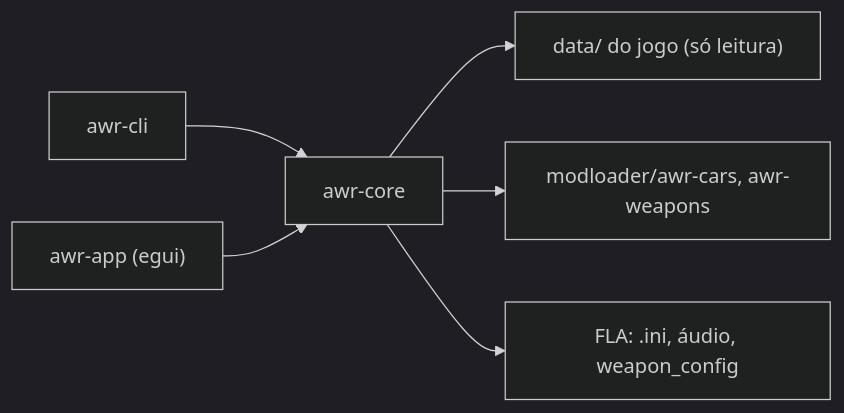
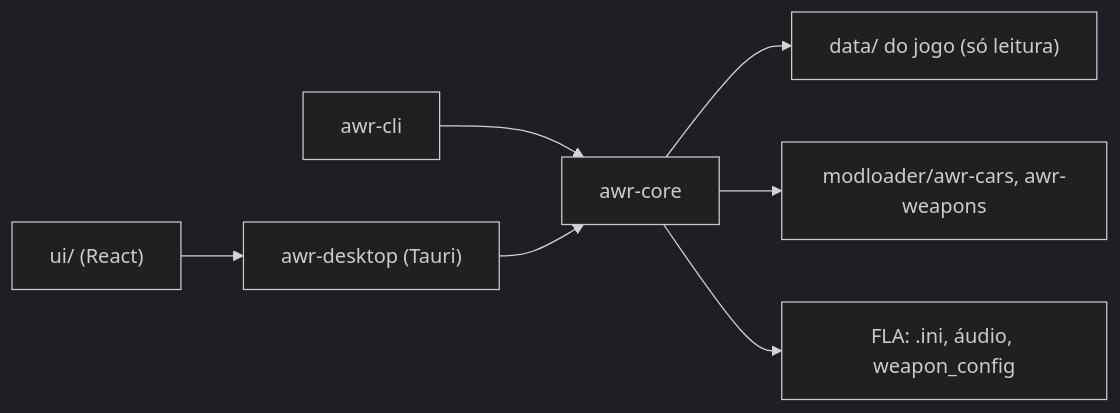
The diagram in README.md (josemurilors/SAAWR), drawn with Mermaid (dark theme) before and after one commit. The commit also changed other lines of this file and 26 other files, not shown here.

Commit message:
Interface nova: Tauri + React (abas Importar/Instalados, fila, tráfego, armas, drag-and-drop); shell awr-desktop sobre o core

````diff
--- a/README.md
+++ b/README.md
@@ -82,8 +83,9 @@
 ```mermaid
 flowchart LR
     CLI["awr-cli"] --> CORE["awr-core"]
-    APP["awr-app (egui)"] --> CORE
+    APP["awr-desktop (Tauri)"] --> CORE
+    UI["ui/ (React)"] --> APP
     CORE --> GAME["data/ do jogo (só leitura)"]
     CORE --> ML["modloader/awr-cars, awr-weapons"]
     CORE --> FLA["FLA: .ini, áudio, weapon_config"]
 ```
````
